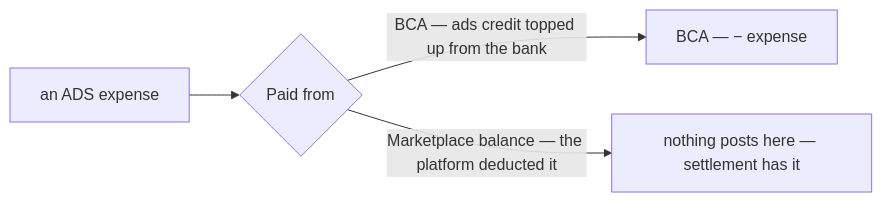
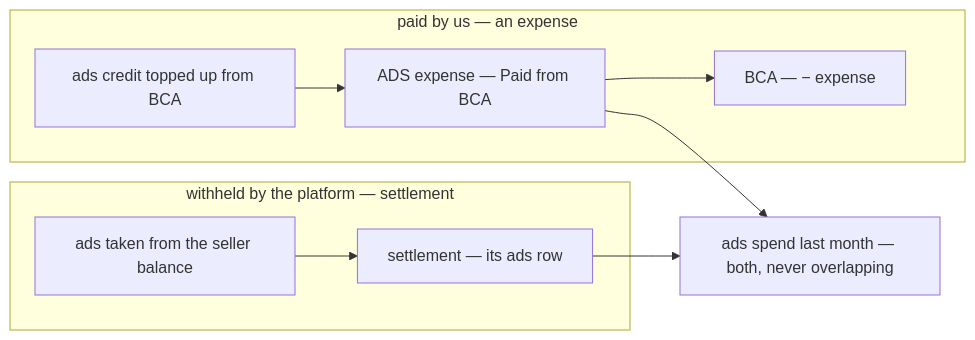
The sixth of 8 diagrams in docs/business/financial_account/context_clarify.md (pdcgo/warehouse_revamp), drawn with Mermaid before and after one commit. The commit also changed other lines of this file, not shown here.

First line of the commit message:
financial_account: Q13 re-argued - a withheld ad is never an expense

````diff
--- a/docs/business/financial_account/context_clarify.md
+++ b/docs/business/financial_account/context_clarify.md
@@ -377,6 +391,12 @@
     ```mermaid
     flowchart LR
-      A["an ADS expense"] --> Q{"Paid from"}
-      Q -->|"BCA — ads credit topped up from the bank"| B["BCA — − expense"]
-      Q -->|"Marketplace balance — the platform deducted it"| N["nothing posts here — settlement has it"]
+      subgraph "paid by us — an expense"
+        T["ads credit topped up from BCA"] --> E["ADS expense — Paid from BCA"]
+        E --> A["BCA — − expense"]
+      end
+      subgraph "withheld by the platform — settlement"
+        W["ads taken from the seller balance"] --> S["settlement — its ads row"]
+      end
+      E --> R["ads spend last month — both, never overlapping"]
+      S --> R
     ```
````
